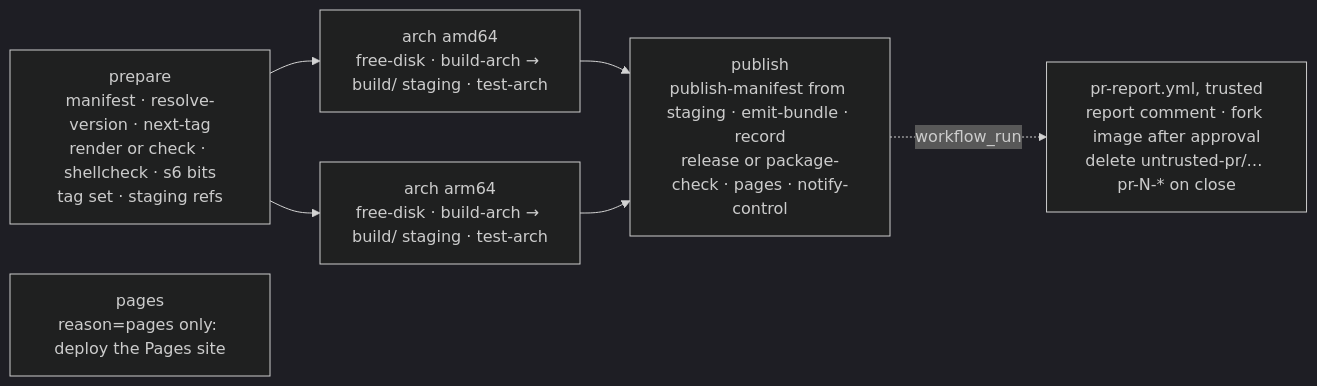
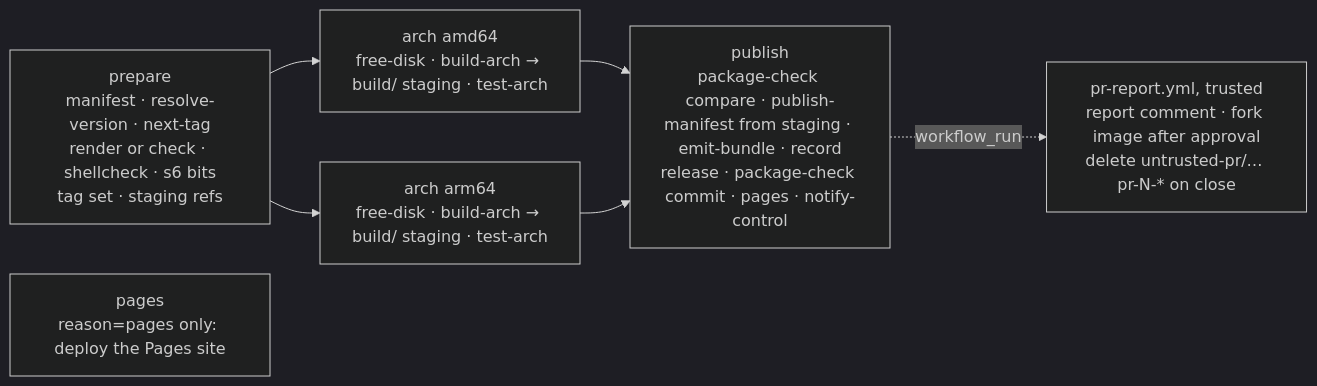
The diagram in README.md (linuxserver-playground/workflows), drawn with Mermaid (dark theme) before and after one commit. The commit also changed other lines of this file and 10 other files, not shown here.

First line of the commit message:
Release from the package check itself and commit the table after every release

````diff
--- a/README.md
+++ b/README.md
@@ -31,9 +31,9 @@
 ```mermaid
 flowchart LR
   P[prepare<br/>manifest · resolve-version · next-tag<br/>render or check · shellcheck · s6 bits<br/>tag set · staging refs] --> A1[arch amd64<br/>free-disk · build-arch → build/ staging · test-arch]
   P --> A2[arch arm64<br/>free-disk · build-arch → build/ staging · test-arch]
-  A1 --> U[publish<br/>publish-manifest from staging · emit-bundle · record<br/>release or package-check · pages · notify-control]
+  A1 --> U[publish<br/>package-check compare · publish-manifest from staging · emit-bundle · record<br/>release · package-check commit · pages · notify-control]
   A2 --> U
   G[pages<br/>reason=pages only: deploy the Pages site]
   U -. workflow_run .-> R[pr-report.yml, trusted<br/>report comment · fork image after approval<br/>delete untrusted-pr/… pr-N-* on close]
 ```
````
